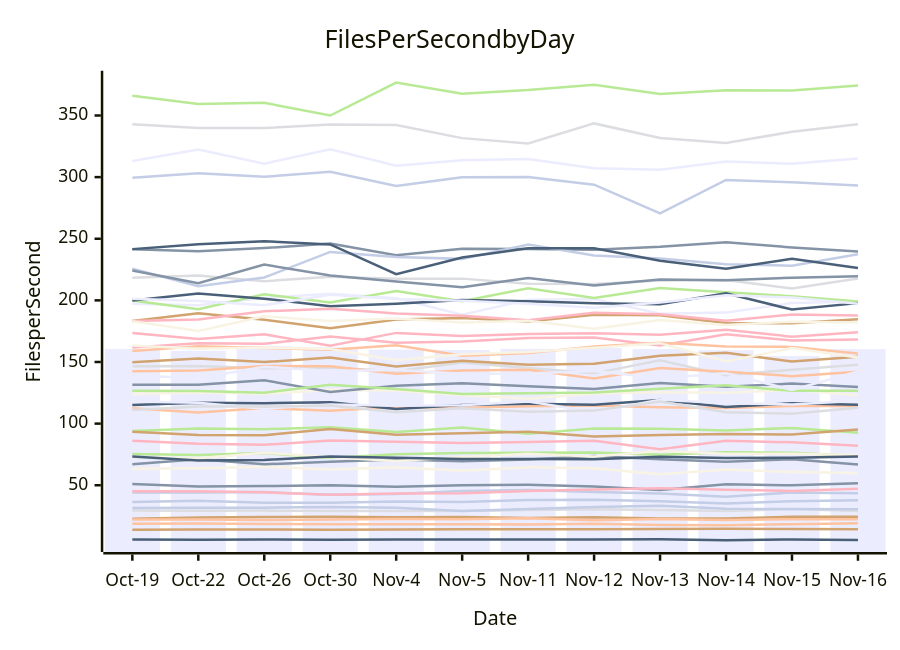
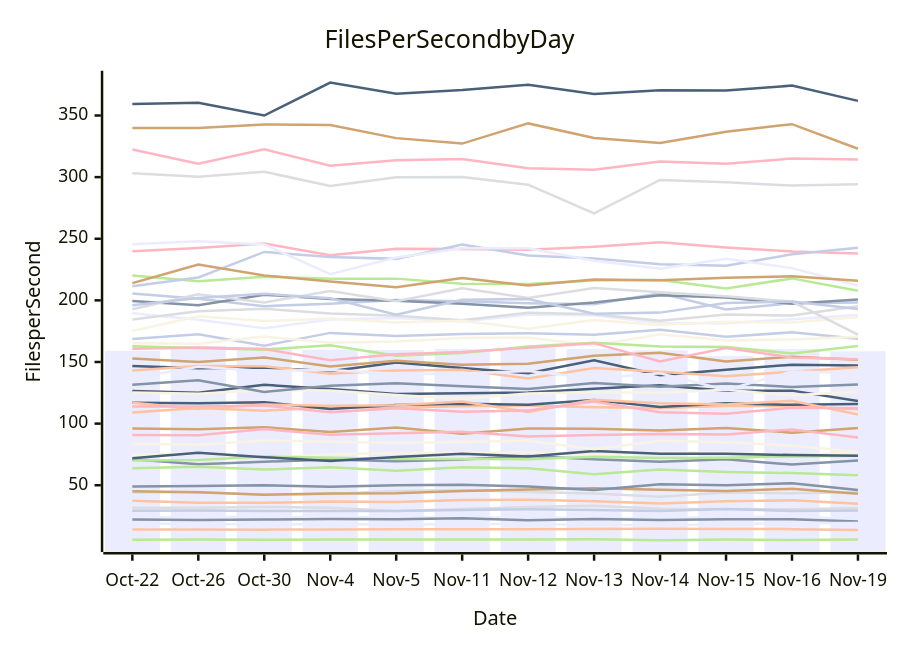
One commit to streetsidesoftware/cspell changed the diagram in perf-report.md. Above: the diagram before and after it, drawn with Mermaid. The commit also changed other lines of this file and 1 other file, not shown here.

````diff
--- a/perf-report.md
+++ b/perf-report.md
@@ -10,57 +10,57 @@
 ```mermaid
 xychart-beta
     title Files Per Second by Day
     y-axis Files per Second
-    x-axis Date [Oct-19, Oct-22, Oct-26, Oct-30, Nov-4, Nov-5, Nov-11, Nov-12, Nov-13, Nov-14, Nov-15, Nov-16]
-    bar [160.58, 159.03, 162.88, 161.94, 160.02, 159.72, 160.65, 161.35, 160.47, 159.54, 154.79, 160.46]
-    line [50.97, 49.03, 49.37, 49.99, 48.68, 50.03, 50.42, 49.00, 46.22, 50.88, 49.95, 51.56]
-    line [112.56, 109.04, 112.63, 110.40, 113.53, 112.85, 114.15, 114.65, 113.36, 112.62, 114.36, 114.33]
-    line [146.50, 146.67, 144.85, 145.45, 142.42, 149.63, 145.08, 140.78, 151.35, 139.20, 143.75, 147.85]
-    line [93.97, 96.00, 95.45, 97.05, 93.17, 96.79, 91.80, 95.95, 95.87, 94.48, 96.44, 92.65]
-    line [22.78, 23.92, 24.17, 24.43, 23.95, 24.20, 23.49, 24.08, 23.00, 23.06, 24.50, 24.34]
-    line [36.49, 37.33, 35.82, 35.71, 36.86, 36.50, 38.05, 38.19, 36.99, 35.25, 37.09, 37.76]
-    line [161.71, 165.23, 164.80, 170.61, 165.61, 166.70, 169.45, 169.81, 163.46, 172.46, 167.41, 168.34]
-    line [6.02, 5.75, 6.03, 5.80, 6.05, 5.91, 5.92, 6.05, 6.23, 5.47, 5.95, 5.52]
-    line [63.29, 63.79, 65.07, 62.75, 64.51, 61.69, 64.67, 63.79, 59.02, 62.70, 60.80, 59.91]
-    line [197.32, 196.05, 201.96, 205.39, 201.71, 188.42, 200.46, 201.07, 189.10, 190.06, 197.82, 199.09]
-    line [67.05, 71.08, 67.00, 69.09, 70.86, 69.37, 70.88, 73.81, 71.09, 69.11, 71.10, 66.81]
-    line [18.69, 19.00, 18.63, 18.25, 18.44, 18.38, 18.23, 18.67, 17.83, 17.56, 18.43, 19.15]
-    line [29.58, 29.31, 29.41, 29.14, 29.07, 29.19, 29.96, 30.60, 29.98, 29.13, 30.65, 29.20]
-    line [75.28, 74.51, 76.18, 72.03, 75.21, 76.09, 76.34, 76.58, 74.79, 76.80, 76.30, 73.76]
-    line [93.37, 90.70, 90.60, 95.53, 91.04, 92.11, 93.46, 89.53, 90.84, 91.64, 91.15, 95.31]
-    line [44.15, 44.08, 44.42, 42.24, 42.88, 45.37, 46.20, 44.50, 43.23, 40.60, 44.15, 43.48]
-    line [173.59, 168.67, 172.42, 163.25, 173.61, 171.18, 172.63, 173.35, 172.14, 176.09, 170.54, 174.05]
-    line [115.01, 116.88, 116.53, 117.43, 111.89, 115.01, 116.13, 115.22, 119.08, 113.54, 116.51, 115.21]
-    line [123.99, 125.15, 124.19, 127.28, 126.86, 123.18, 120.25, 124.45, 125.35, 124.99, 127.41, 122.93]
-    line [118.00, 116.85, 112.16, 115.50, 114.45, 114.87, 117.85, 109.38, 119.29, 116.46, 115.59, 118.49]
-    line [131.49, 131.59, 135.21, 125.70, 130.73, 132.76, 130.23, 128.16, 133.01, 129.97, 132.49, 129.80]
-    line [22.11, 22.28, 21.78, 22.12, 22.59, 22.34, 23.16, 21.54, 22.68, 21.85, 22.43, 22.45]
-    line [342.86, 339.81, 339.82, 342.79, 342.26, 331.64, 327.21, 343.58, 331.81, 327.76, 336.79, 342.94]
-    line [199.89, 192.85, 204.98, 198.27, 207.58, 199.26, 209.84, 202.01, 209.99, 206.66, 203.31, 199.00]
-    line [149.81, 152.74, 149.93, 153.73, 146.39, 151.10, 147.79, 148.60, 155.08, 157.59, 150.36, 154.26]
-    line [299.41, 303.13, 300.22, 304.34, 292.89, 299.81, 300.08, 293.90, 270.62, 297.75, 295.78, 293.19]
-    line [45.18, 45.07, 44.31, 42.25, 43.22, 43.49, 45.34, 46.46, 47.61, 46.36, 45.42, 47.07]
-    line [199.93, 205.59, 201.31, 195.27, 197.35, 200.31, 199.19, 197.63, 196.85, 205.77, 192.52, 197.76]
-    line [72.64, 71.96, 76.44, 72.80, 69.62, 72.93, 75.62, 73.39, 77.86, 75.46, 75.53, 74.48]
-    line [201.34, 199.55, 196.07, 204.60, 201.12, 199.63, 197.18, 194.05, 198.31, 204.17, 202.23, 197.34]
-    line [241.48, 239.78, 242.41, 246.20, 236.64, 241.81, 241.59, 241.14, 243.55, 247.17, 242.91, 239.70]
-    line [158.95, 162.77, 161.40, 160.02, 163.60, 155.05, 157.20, 162.55, 165.62, 162.61, 162.23, 156.96]
-    line [218.31, 220.10, 215.49, 219.14, 217.54, 217.64, 213.57, 213.32, 216.11, 216.43, 209.55, 217.83]
-    line [126.74, 126.46, 125.04, 131.49, 128.05, 124.13, 124.73, 125.27, 128.39, 131.06, 126.59, 126.76]
-    line [183.26, 189.47, 184.23, 177.36, 184.49, 185.72, 182.94, 188.28, 187.98, 181.73, 181.49, 184.66]
-    line [225.66, 211.47, 218.53, 239.32, 235.17, 233.67, 245.24, 236.50, 233.98, 229.39, 228.12, 237.34]
-    line [183.18, 184.56, 191.17, 193.23, 189.38, 187.47, 183.93, 189.93, 188.83, 183.53, 188.50, 187.66]
-    line [73.27, 70.11, 70.57, 73.22, 72.23, 71.32, 71.25, 71.08, 73.06, 72.16, 72.33, 73.39]
-    line [183.04, 175.20, 187.18, 183.23, 185.22, 182.14, 183.42, 176.89, 184.07, 179.92, 182.71, 181.97]
-    line [313.03, 322.37, 310.93, 322.55, 309.17, 313.73, 314.69, 307.18, 306.00, 312.70, 310.78, 315.06]
-    line [224.21, 213.97, 229.01, 220.21, 215.36, 210.66, 218.14, 212.13, 216.95, 216.28, 218.40, 219.59]
-    line [142.44, 143.06, 146.69, 146.59, 140.40, 143.02, 143.74, 136.69, 145.20, 142.11, 138.52, 142.01]
-    line [111.02, 113.95, 113.80, 114.69, 109.15, 112.48, 109.72, 110.55, 118.02, 109.29, 108.02, 112.93]
-    line [365.93, 359.34, 360.33, 349.95, 376.67, 367.68, 370.64, 374.87, 367.41, 370.51, 370.21, 374.24]
-    line [13.81, 14.01, 14.02, 13.97, 14.18, 14.33, 14.26, 14.23, 14.49, 14.71, 14.55, 14.39]
-    line [31.44, 31.67, 31.78, 32.41, 31.83, 29.14, 30.76, 32.43, 33.35, 30.87, 30.71, 30.55]
-    line [86.03, 83.62, 82.78, 86.40, 85.26, 84.18, 85.13, 86.07, 79.22, 86.18, 84.80, 82.10]
-    line [241.58, 245.56, 247.95, 245.41, 221.31, 234.75, 242.27, 242.37, 232.19, 225.67, 233.72, 226.18]
-    line [163.29, 160.80, 161.82, 160.48, 151.46, 156.36, 158.02, 161.56, 165.28, 150.34, 161.29, 153.65]
-    line [139.08, 136.76, 146.14, 142.74, 143.48, 140.52, 140.72, 142.75, 136.72, 140.92, 127.38, 142.26]
+    x-axis Date [Oct-22, Oct-26, Oct-30, Nov-4, Nov-5, Nov-11, Nov-12, Nov-13, Nov-14, Nov-15, Nov-16, Nov-19]
+    bar [159.03, 162.88, 161.94, 160.02, 159.72, 160.65, 161.35, 160.47, 159.54, 154.79, 160.46, 158.71]
+    line [71.08, 67.00, 69.09, 70.86, 69.37, 70.88, 73.81, 71.09, 69.11, 71.10, 66.81, 70.15]
+    line [14.01, 14.02, 13.97, 14.18, 14.33, 14.26, 14.23, 14.49, 14.71, 14.55, 14.39, 13.62]
+    line [44.08, 44.42, 42.24, 42.88, 45.37, 46.20, 44.50, 43.23, 40.60, 44.15, 43.48, 44.38]
+    line [63.79, 65.07, 62.75, 64.51, 61.69, 64.67, 63.79, 59.02, 62.70, 60.80, 59.91, 58.15]
+    line [96.00, 95.45, 97.05, 93.17, 96.79, 91.80, 95.95, 95.87, 94.48, 96.44, 92.65, 96.54]
+    line [205.59, 201.31, 195.27, 197.35, 200.31, 199.19, 197.63, 196.85, 205.77, 192.52, 197.76, 198.34]
+    line [322.37, 310.93, 322.55, 309.17, 313.73, 314.69, 307.18, 306.00, 312.70, 310.78, 315.06, 314.39]
+    line [126.46, 125.04, 131.49, 128.05, 124.13, 124.73, 125.27, 128.39, 131.06, 126.59, 126.76, 118.34]
+    line [125.15, 124.19, 127.28, 126.86, 123.18, 120.25, 124.45, 125.35, 124.99, 127.41, 122.93, 125.87]
+    line [23.92, 24.17, 24.43, 23.95, 24.20, 23.49, 24.08, 23.00, 23.06, 24.50, 24.34, 22.84]
+    line [22.28, 21.78, 22.12, 22.59, 22.34, 23.16, 21.54, 22.68, 21.85, 22.43, 22.45, 20.60]
+    line [109.04, 112.63, 110.40, 113.53, 112.85, 114.15, 114.65, 113.36, 112.62, 114.36, 114.33, 111.68]
+    line [31.67, 31.78, 32.41, 31.83, 29.14, 30.76, 32.43, 33.35, 30.87, 30.71, 30.55, 31.63]
+    line [5.75, 6.03, 5.80, 6.05, 5.91, 5.92, 6.05, 6.23, 5.47, 5.95, 5.52, 5.91]
+    line [45.07, 44.31, 42.25, 43.22, 43.49, 45.34, 46.46, 47.61, 46.36, 45.42, 47.07, 43.10]
+    line [168.67, 172.42, 163.25, 173.61, 171.18, 172.63, 173.35, 172.14, 176.09, 170.54, 174.05, 168.86]
+    line [239.78, 242.41, 246.20, 236.64, 241.81, 241.59, 241.14, 243.55, 247.17, 242.91, 239.70, 237.98]
+    line [116.88, 116.53, 117.43, 111.89, 115.01, 116.13, 115.22, 119.08, 113.54, 116.51, 115.21, 115.88]
+    line [165.23, 164.80, 170.61, 165.61, 166.70, 169.45, 169.81, 163.46, 172.46, 167.41, 168.34, 170.49]
+    line [19.00, 18.63, 18.25, 18.44, 18.38, 18.23, 18.67, 17.83, 17.56, 18.43, 19.15, 19.35]
+    line [49.03, 49.37, 49.99, 48.68, 50.03, 50.42, 49.00, 46.22, 50.88, 49.95, 51.56, 46.21]
+    line [116.85, 112.16, 115.50, 114.45, 114.87, 117.85, 109.38, 119.29, 116.46, 115.59, 118.49, 107.40]
+    line [303.13, 300.22, 304.34, 292.89, 299.81, 300.08, 293.90, 270.62, 297.75, 295.78, 293.19, 294.30]
+    line [162.77, 161.40, 160.02, 163.60, 155.05, 157.20, 162.55, 165.62, 162.61, 162.23, 156.96, 163.03]
+    line [339.81, 339.82, 342.79, 342.26, 331.64, 327.21, 343.58, 331.81, 327.76, 336.79, 342.94, 323.03]
+    line [29.31, 29.41, 29.14, 29.07, 29.19, 29.96, 30.60, 29.98, 29.13, 30.65, 29.20, 29.50]
+    line [90.70, 90.60, 95.53, 91.04, 92.11, 93.46, 89.53, 90.84, 91.64, 91.15, 95.31, 88.78]
+    line [146.67, 144.85, 145.45, 142.42, 149.63, 145.08, 140.78, 151.35, 139.20, 143.75, 147.85, 147.07]
+    line [74.51, 76.18, 72.03, 75.21, 76.09, 76.34, 76.58, 74.79, 76.80, 76.30, 73.76, 77.09]
+    line [189.47, 184.23, 177.36, 184.49, 185.72, 182.94, 188.28, 187.98, 181.73, 181.49, 184.66, 188.05]
+    line [199.55, 196.07, 204.60, 201.12, 199.63, 197.18, 194.05, 198.31, 204.17, 202.23, 197.34, 200.64]
+    line [143.06, 146.69, 146.59, 140.40, 143.02, 143.74, 136.69, 145.20, 142.11, 138.52, 142.01, 145.83]
+    line [184.56, 191.17, 193.23, 189.38, 187.47, 183.93, 189.93, 188.83, 183.53, 188.50, 187.66, 195.19]
+    line [220.10, 215.49, 219.14, 217.54, 217.64, 213.57, 213.32, 216.11, 216.43, 209.55, 217.83, 207.80]
+    line [152.74, 149.93, 153.73, 146.39, 151.10, 147.79, 148.60, 155.08, 157.59, 150.36, 154.26, 151.91]
+    line [211.47, 218.53, 239.32, 235.17, 233.67, 245.24, 236.50, 233.98, 229.39, 228.12, 237.34, 242.76]
+    line [113.95, 113.80, 114.69, 109.15, 112.48, 109.72, 110.55, 118.02, 109.29, 108.02, 112.93, 112.51]
+    line [359.34, 360.33, 349.95, 376.67, 367.68, 370.64, 374.87, 367.41, 370.51, 370.21, 374.24, 361.88]
+    line [175.20, 187.18, 183.23, 185.22, 182.14, 183.42, 176.89, 184.07, 179.92, 182.71, 181.97, 186.25]
+    line [245.56, 247.95, 245.41, 221.31, 234.75, 242.27, 242.37, 232.19, 225.67, 233.72, 226.18, 211.97]
+    line [131.59, 135.21, 125.70, 130.73, 132.76, 130.23, 128.16, 133.01, 129.97, 132.49, 129.80, 131.73]
+    line [37.33, 35.82, 35.71, 36.86, 36.50, 38.05, 38.19, 36.99, 35.25, 37.09, 37.76, 34.89]
+    line [192.85, 204.98, 198.27, 207.58, 199.26, 209.84, 202.01, 209.99, 206.66, 203.31, 199.00, 172.23]
+    line [70.11, 70.57, 73.22, 72.23, 71.32, 71.25, 71.08, 73.06, 72.16, 72.33, 73.39, 73.88]
+    line [213.97, 229.01, 220.21, 215.36, 210.66, 218.14, 212.13, 216.95, 216.28, 218.40, 219.59, 215.86]
+    line [196.05, 201.96, 205.39, 201.71, 188.42, 200.46, 201.07, 189.10, 190.06, 197.82, 199.09, 193.06]
+    line [160.80, 161.82, 160.48, 151.46, 156.36, 158.02, 161.56, 165.28, 150.34, 161.29, 153.65, 152.13]
+    line [71.96, 76.44, 72.80, 69.62, 72.93, 75.62, 73.39, 77.86, 75.46, 75.53, 74.48, 73.93]
+    line [83.62, 82.78, 86.40, 85.26, 84.18, 85.13, 86.07, 79.22, 86.18, 84.80, 82.10, 77.28]
+    line [136.76, 146.14, 142.74, 143.48, 140.52, 140.72, 142.75, 136.72, 140.92, 127.38, 142.26, 141.06]
 ```
````
